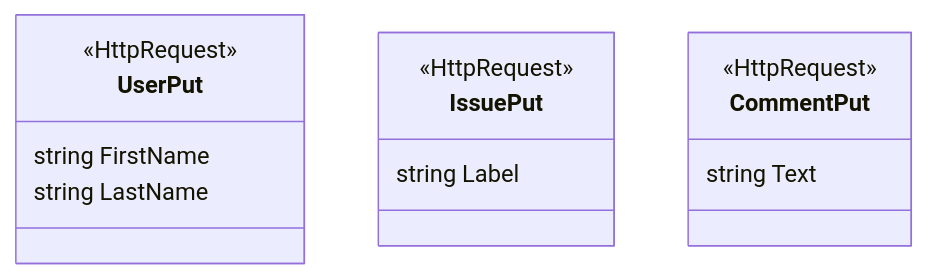
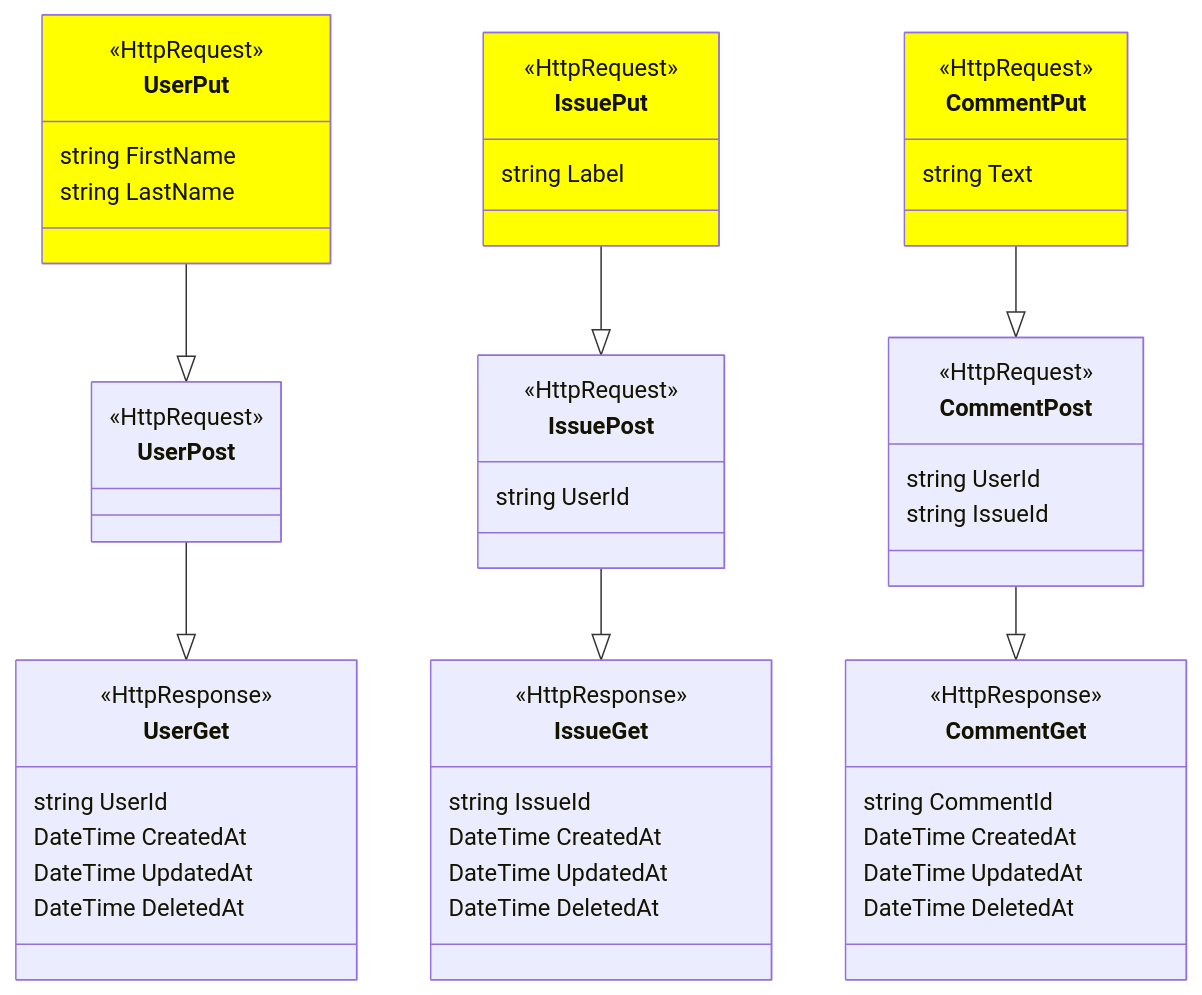
Before and after one commit to ghackenberg/csharp-maui-aspnet-sample: the diagram in Models/Message/Put.mmd, drawn with Mermaid. The commit also changed 60 other files, not shown here.

```diff
--- a/Models/Message/Put.mmd
+++ b/Models/Message/Put.mmd
@@ -1,17 +1,65 @@
 classDiagram
 
+    direction BT
+
+    class UserGet {
+        <<HttpResponse>>
+        string UserId
+        DateTime CreatedAt
+        DateTime UpdatedAt
+        DateTime DeletedAt
+    }
+    class UserPost {
+        <<HttpRequest>>
+    }
     class UserPut {
         <<HttpRequest>>
         string FirstName
         string LastName
     }
 
+    UserGet <|-- UserPost
+    UserPost <|-- UserPut
+
+    class IssueGet {
+        <<HttpResponse>>
+        string IssueId
+        DateTime CreatedAt
+        DateTime UpdatedAt
+        DateTime DeletedAt
+    }
+    class IssuePost {
+        <<HttpRequest>>
+        string UserId
+    }
     class IssuePut {
         <<HttpRequest>>
         string Label
     }
 
+    IssueGet <|-- IssuePost
+    IssuePost <|-- IssuePut
+
+    class CommentGet {
+        <<HttpResponse>>
+        string CommentId
+        DateTime CreatedAt
+        DateTime UpdatedAt
+        DateTime DeletedAt
+    }
+    class CommentPost {
+        <<HttpRequest>>
+        string UserId
+        string IssueId
+    }
     class CommentPut {
         <<HttpRequest>>
         string Text
     }
+
+    CommentGet <|-- CommentPost
+    CommentPost <|-- CommentPut
+
+    style UserPut fill:yellow
+    style IssuePut fill:yellow
+    style CommentPut fill:yellow
```
